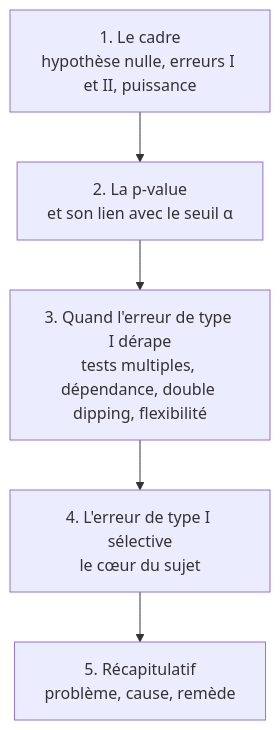
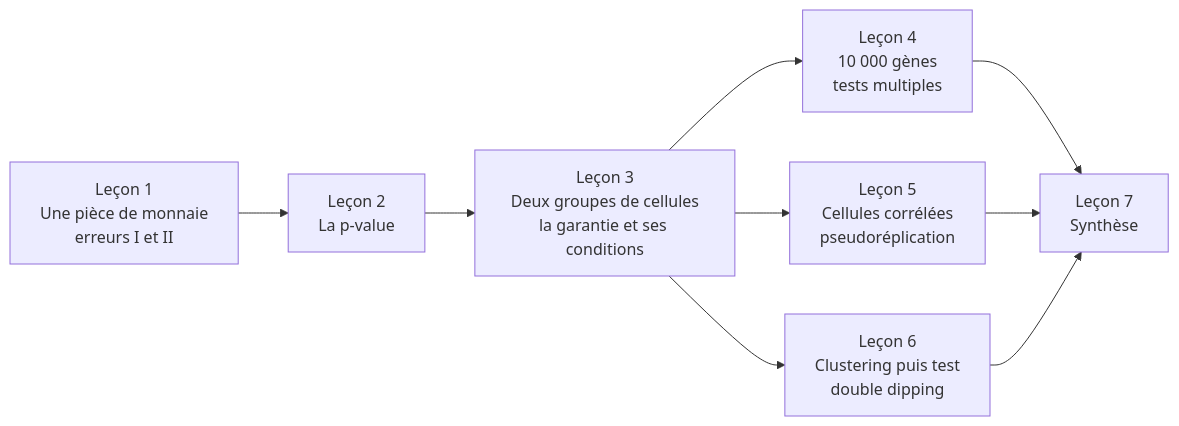
The first of 7 diagrams in Notes/Mini-cours/cours-erreur-type-1.md (aristidinahfaifa-afk/Projet_methodo), drawn with Mermaid before and after one commit. The commit also changed other lines of this file and 19 other files, not shown here.

````diff
--- a/Notes/Mini-cours/cours-erreur-type-1.md
+++ b/Notes/Mini-cours/cours-erreur-type-1.md
@@ -32,7 +36,11 @@
 ```mermaid
-flowchart TB
-    A["1. Le cadre<br/>hypothèse nulle, erreurs I et II, puissance"] --> B["2. La p-value<br/>et son lien avec le seuil α"]
-    B --> C["3. Quand l'erreur de type I dérape<br/>tests multiples, dépendance, double dipping, flexibilité"]
-    C --> D["4. L'erreur de type I sélective<br/>le cœur du sujet"]
-    D --> E["5. Récapitulatif<br/>problème, cause, remède"]
+flowchart LR
+    L1["Leçon 1<br/>Une pièce de monnaie<br/>erreurs I et II"] --> L2["Leçon 2<br/>La p-value"]
+    L2 --> L3["Leçon 3<br/>Deux groupes de cellules<br/>la garantie et ses conditions"]
+    L3 --> L4["Leçon 4<br/>10 000 gènes<br/>tests multiples"]
+    L3 --> L5["Leçon 5<br/>Cellules corrélées<br/>pseudoréplication"]
+    L3 --> L6["Leçon 6<br/>Clustering puis test<br/>double dipping"]
+    L4 --> L7["Leçon 7<br/>Synthèse"]
+    L5 --> L7
+    L6 --> L7
 ```
````
